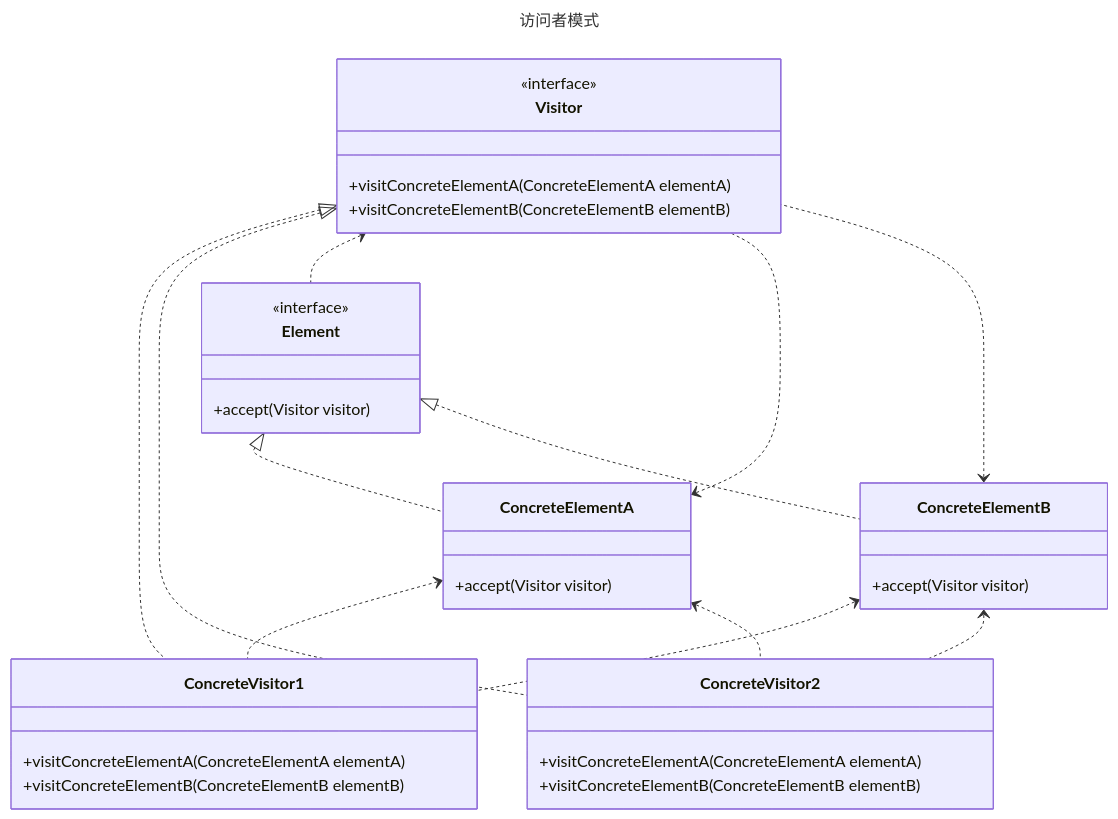
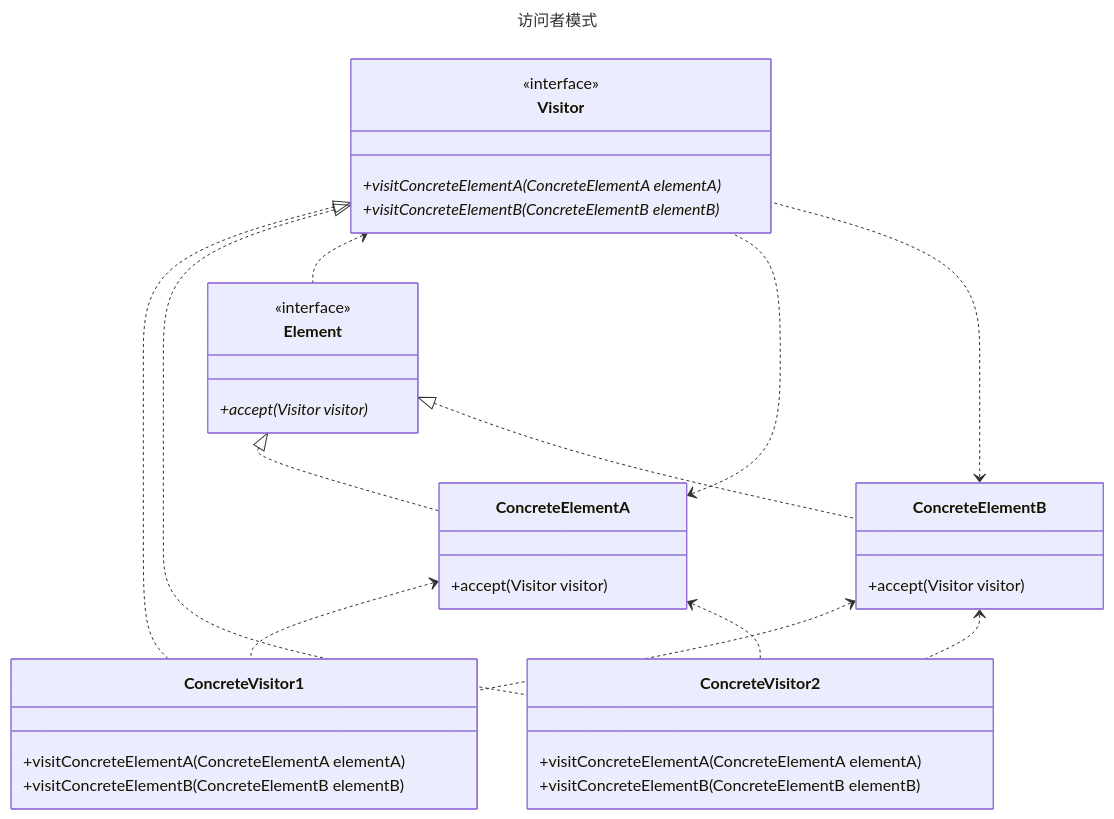
The diagram in visitor/README.md (fengyun89/typescript-design-patterns), drawn with Mermaid before and after one commit. The commit also changed 17 other files, not shown here.

````diff
--- a/visitor/README.md
+++ b/visitor/README.md
@@ -1,40 +1,40 @@
 ```mermaid
 ---
 title: 访问者模式
 ---
 classDiagram
     class Visitor {
         <<interface>>
-        +visitConcreteElementA(ConcreteElementA elementA)
-        +visitConcreteElementB(ConcreteElementB elementB)
+        +visitConcreteElementA(ConcreteElementA elementA)*
+        +visitConcreteElementB(ConcreteElementB elementB)*
     }
     class ConcreteVisitor1 {
         +visitConcreteElementA(ConcreteElementA elementA)
         +visitConcreteElementB(ConcreteElementB elementB)
     }
     class ConcreteVisitor2 {
         +visitConcreteElementA(ConcreteElementA elementA)
         +visitConcreteElementB(ConcreteElementB elementB)
     }
     class Element {
         <<interface>>
-        +accept(Visitor visitor)
+        +accept(Visitor visitor)*
     }
     class ConcreteElementA {
         +accept(Visitor visitor)
     }
     class ConcreteElementB {
         +accept(Visitor visitor)
     }
+    Visitor <|.. ConcreteVisitor1
+    Visitor <|.. ConcreteVisitor2
+    Element <|.. ConcreteElementA
+    Element <|.. ConcreteElementB
     ConcreteElementA <.. Visitor
     ConcreteElementB <.. Visitor
+    Visitor <.. Element
     ConcreteElementA <.. ConcreteVisitor1
     ConcreteElementB <.. ConcreteVisitor1
     ConcreteElementA <.. ConcreteVisitor2
     ConcreteElementB <.. ConcreteVisitor2
-    Visitor <|.. ConcreteVisitor1
-    Visitor <|.. ConcreteVisitor2
-    Element <|.. ConcreteElementA
-    Element <|.. ConcreteElementB
-    Visitor <.. Element
 ```
````
